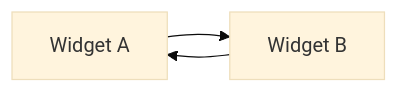
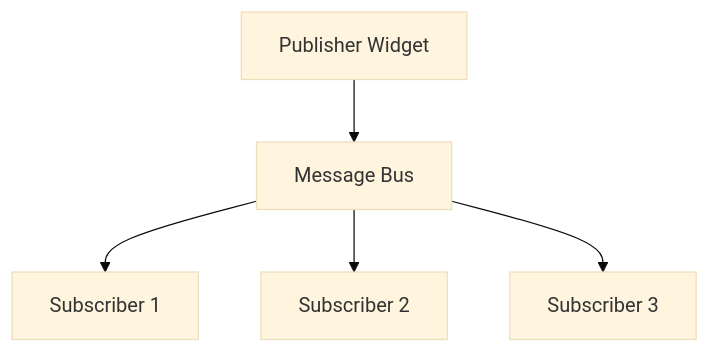
One commit to usirin/monorepo changed the third of 7 diagrams in dream/001-widget-communication.md. Above: the diagram before and after it, drawn with Mermaid (base theme). The commit also changed other lines of this file, not shown here.

````diff
--- a/dream/001-widget-communication.md
+++ b/dream/001-widget-communication.md
@@ -28,5 +57,7 @@
 ```mermaid
-graph LR
-    A[Widget A] --> B[Widget B]
-    B --> A
+graph TD
+    A[Publisher Widget] --> B[Message Bus]
+    B --> C[Subscriber 1]
+    B --> D[Subscriber 2]
+    B --> E[Subscriber 3]
 ```
````
